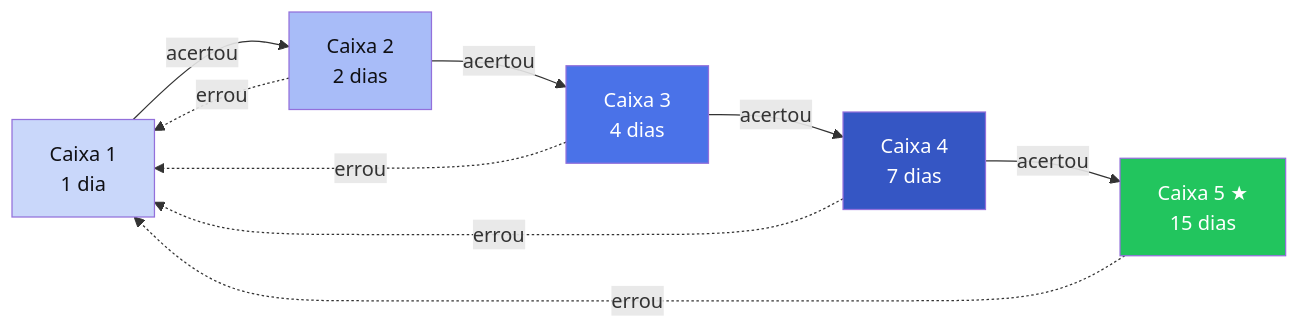
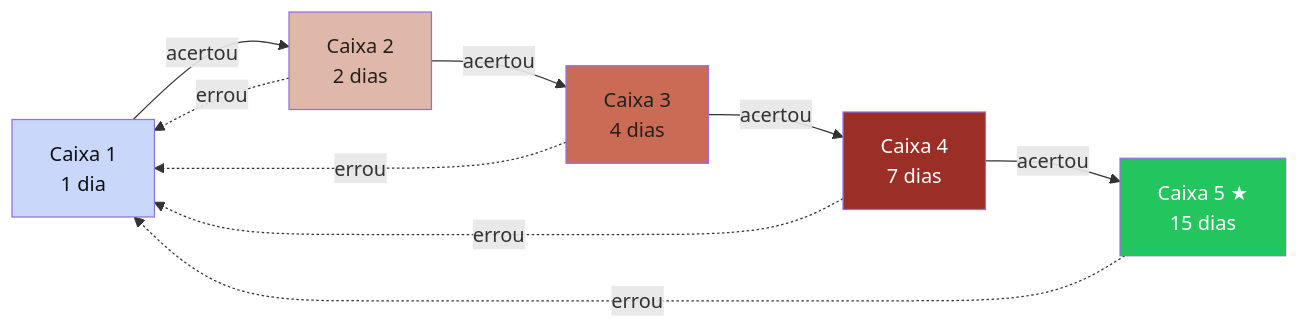
Before and after one commit to cielioqueiroz/gabarito_AI: the fourth of 4 diagrams in README.md, drawn with Mermaid. The commit also changed other lines of this file and 59 other files, not shown here.

````diff
--- a/README.md
+++ b/README.md
@@ -251,17 +251,17 @@
 ```mermaid
 flowchart LR
     C1["Caixa 1<br/>1 dia"] -->|acertou| C2["Caixa 2<br/>2 dias"]
     C2 -->|acertou| C3["Caixa 3<br/>4 dias"]
     C3 -->|acertou| C4["Caixa 4<br/>7 dias"]
     C4 -->|acertou| C5["Caixa 5 ★<br/>15 dias"]
     C2 -.->|errou| C1
     C3 -.->|errou| C1
     C4 -.->|errou| C1
     C5 -.->|errou| C1
 
     style C5 fill:#22C55E,color:#fff
     style C1 fill:#C9D7FA,color:#101014
-    style C2 fill:#A8BCF8,color:#101014
-    style C3 fill:#4A72E8,color:#fff
-    style C4 fill:#3556C4,color:#fff
+    style C2 fill:#E0B8A9,color:#24211D
+    style C3 fill:#C96B55,color:#24211D
+    style C4 fill:#9C2F25,color:#fff
 ```
````
